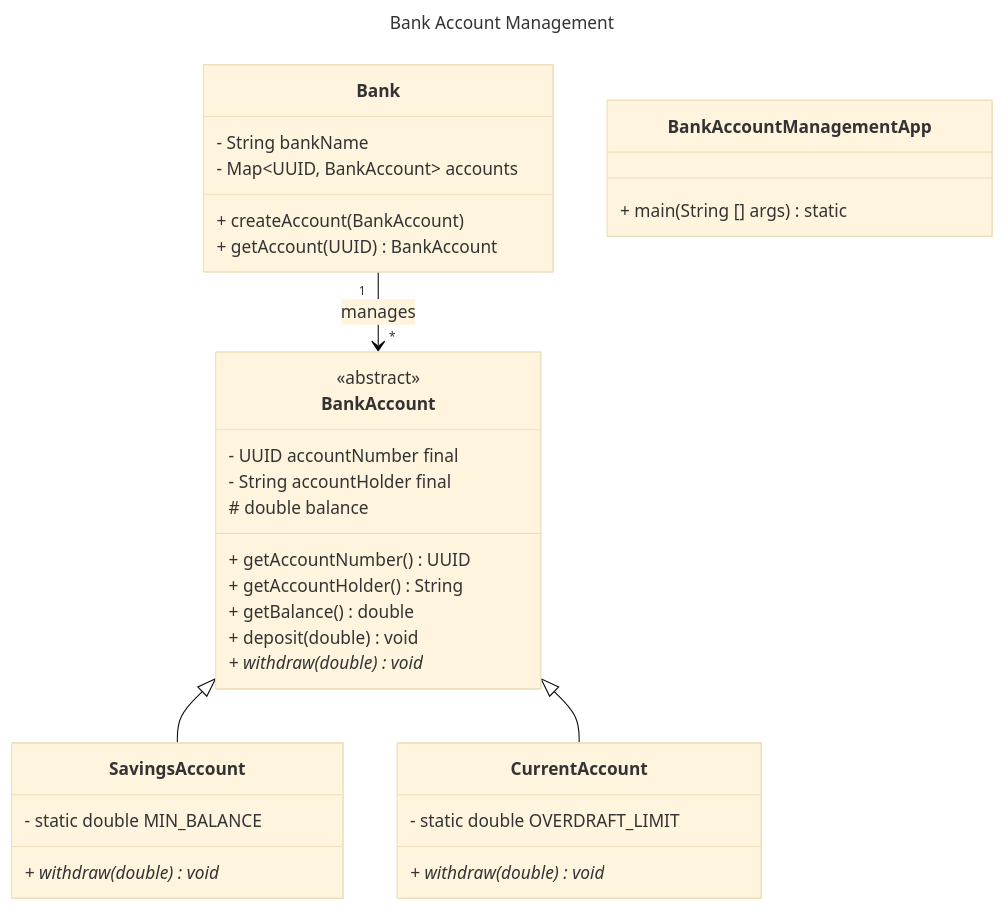
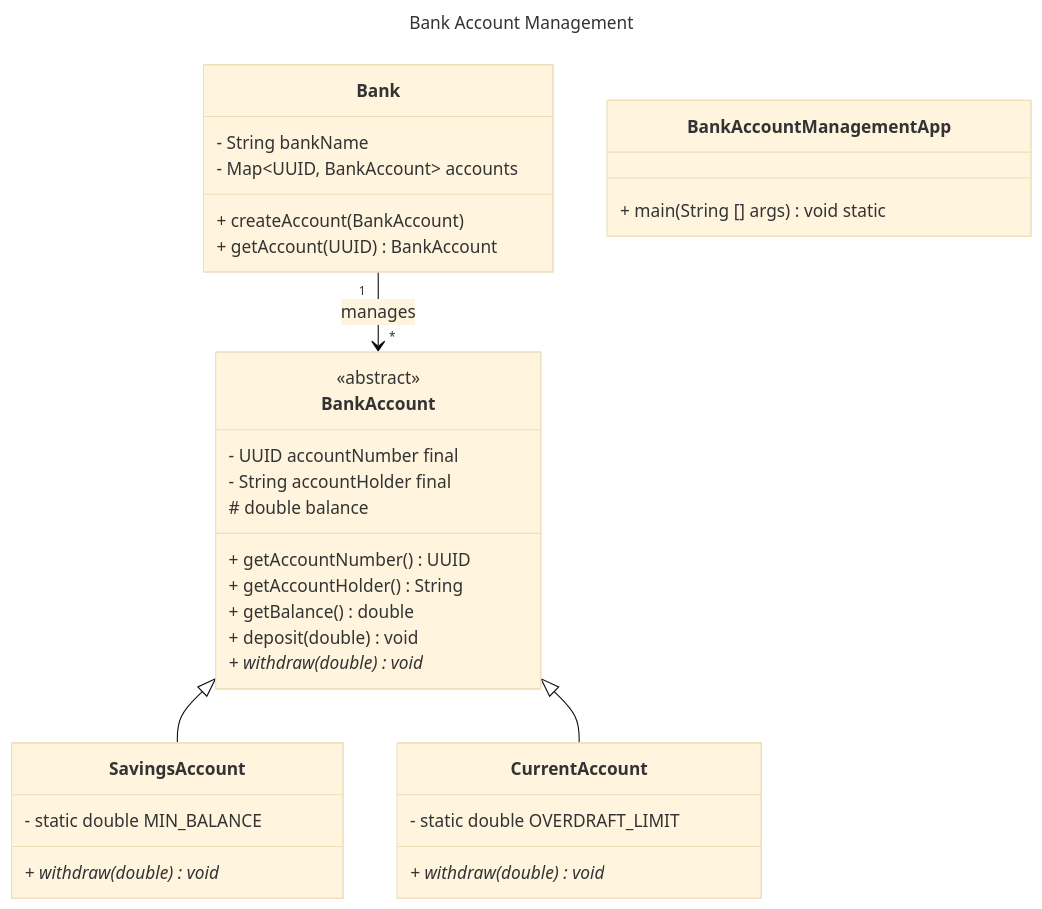
The diagram in OOP/2_Problems_Solving_Using_OOP/Easy/Bank_Account_Management/ClassDiagram_BankAccountManagementApp.md (srimani-ravikumar/interview-prep), drawn with Mermaid (base theme) before and after one commit.

````diff
--- a/OOP/2_Problems_Solving_Using_OOP/Easy/Bank_Account_Management/ClassDiagram_BankAccountManagementApp.md
+++ b/OOP/2_Problems_Solving_Using_OOP/Easy/Bank_Account_Management/ClassDiagram_BankAccountManagementApp.md
@@ -1,40 +1,40 @@
 ```mermaid
 ---
 title: Bank Account Management
 ---
 classDiagram
 direction TB
     class BankAccount {
 	    - UUID accountNumber final
 	    - String accountHolder final
 	    # double balance
 	    + getAccountNumber() UUID
 	    + getAccountHolder() String
 	    + getBalance() double
 	    + deposit(double) void
 	    + withdraw(double) void* 
     }
     class SavingsAccount {
 	    - static double MIN_BALANCE
 	    + withdraw(double) void*
     }
     class CurrentAccount {
 	    - static double OVERDRAFT_LIMIT
 	    + withdraw(double) void*
     }
     class Bank {
 	    - String bankName
 	    - Map~UUID, BankAccount~ accounts
 	    + createAccount(BankAccount)
 	    + getAccount(UUID) BankAccount
     }
     class BankAccountManagementApp {
-	    + main(String [] args) static
+	    + main(String [] args) void static
     }
 
 	<<abstract>> BankAccount
 
     BankAccount <|-- SavingsAccount
     BankAccount <|-- CurrentAccount
     Bank "1" --> "*" BankAccount : manages
 ```
````
